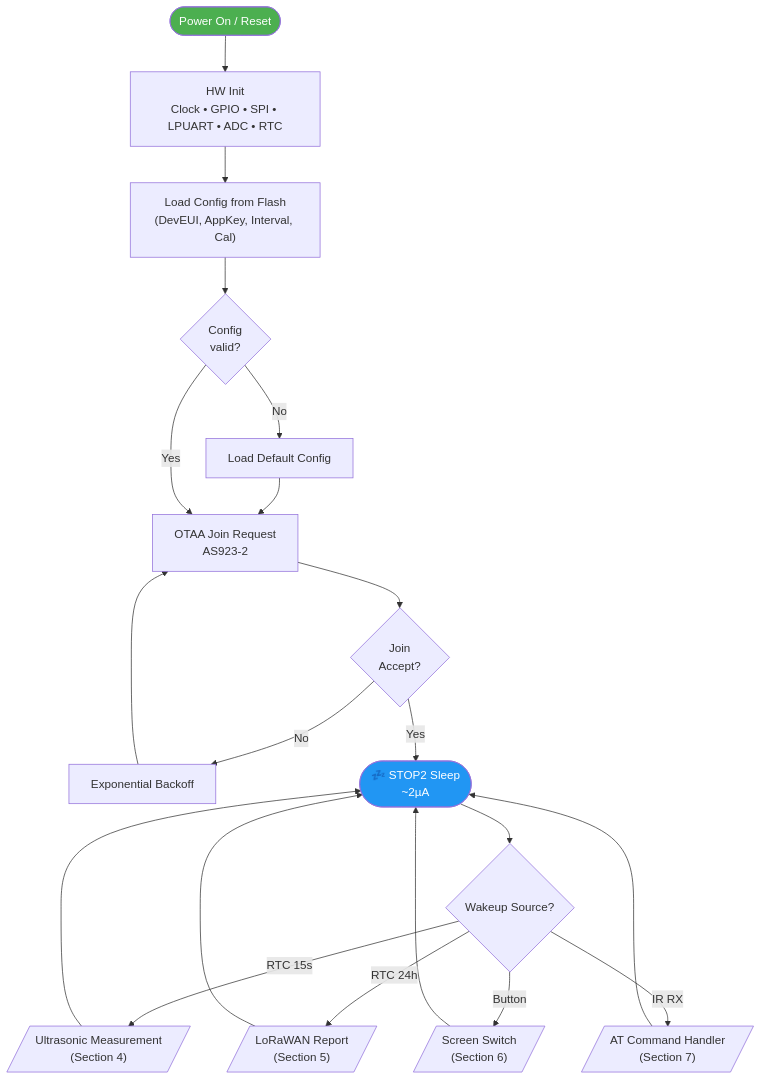
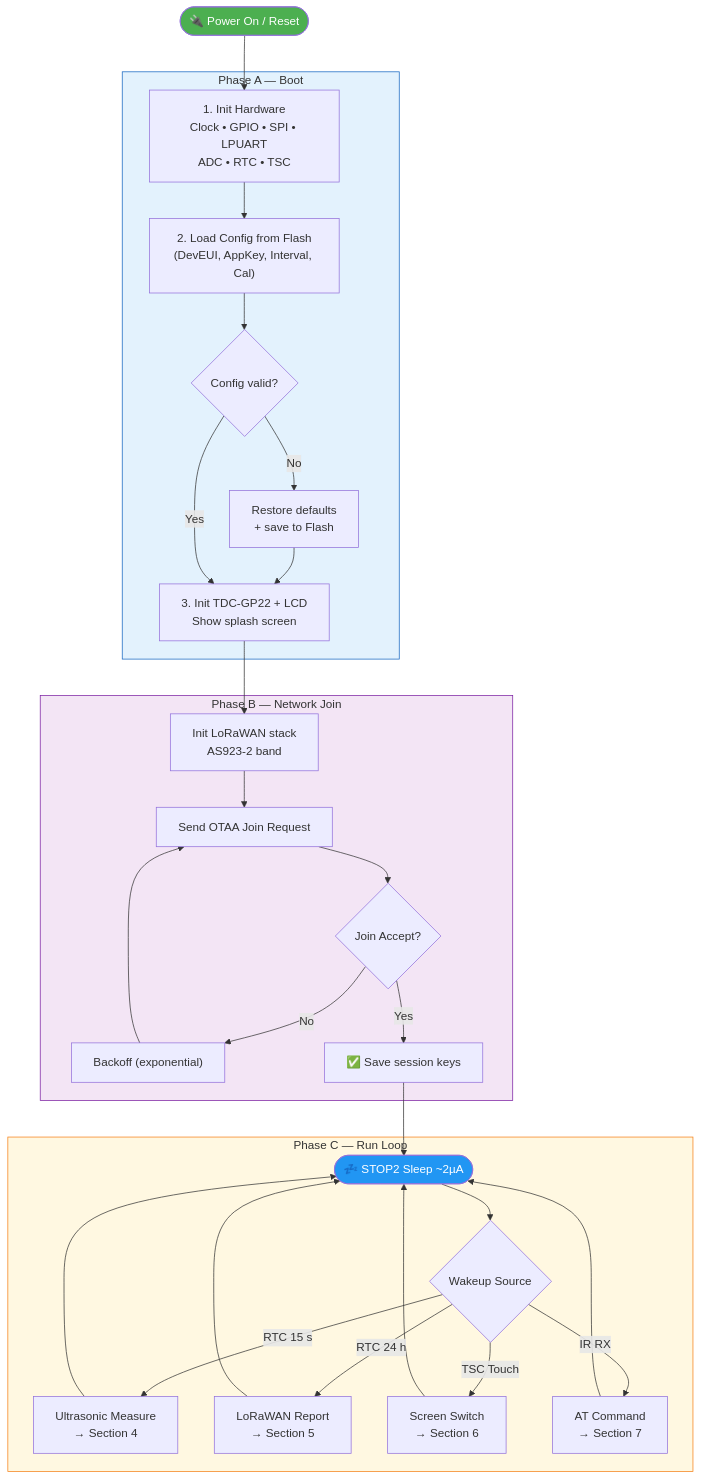
One commit to tuantran0707/WM changed the third of 8 diagrams in documentation/DUT/Firmware_Flowchart_BlockDiagram.md. Above: the diagram before and after it, drawn with Mermaid. The commit also changed other lines of this file, not shown here.

Commit message:
fix main firmware flowchart and TOF flowchart

````diff
--- a/documentation/DUT/Firmware_Flowchart_BlockDiagram.md
+++ b/documentation/DUT/Firmware_Flowchart_BlockDiagram.md
@@ -113,29 +125,44 @@
 ```mermaid
 flowchart TD
-    START([Power On / Reset]) --> INIT["HW Init<br/>Clock • GPIO • SPI • LPUART • ADC • RTC"]
-    INIT --> CFG["Load Config from Flash<br/>(DevEUI, AppKey, Interval, Cal)"]
-    CFG --> VALID{Config<br/>valid?}
-    VALID -- No --> DEF["Load Default Config"]
-    DEF --> JOIN
-    VALID -- Yes --> JOIN
+    START(["🔌 Power On / Reset"]) --> A1
 
-    JOIN["OTAA Join Request<br/>AS923-2"] --> JOK{Join<br/>Accept?}
-    JOK -- No --> BACK["Exponential Backoff"]
-    BACK --> JOIN
-    JOK -- Yes --> IDLE
+    subgraph PHASE_A["Phase A — Boot"]
+        A1["1. Init Hardware<br/>Clock • GPIO • SPI • LPUART<br/>ADC • RTC • TSC"]
+        A1 --> A2["2. Load Config from Flash<br/>(DevEUI, AppKey, Interval, Cal)"]
+        A2 --> A3{Config valid?}
+        A3 -- No --> A4["Restore defaults<br/>+ save to Flash"]
+        A4 --> A5
+        A3 -- Yes --> A5["3. Init TDC-GP22 + LCD<br/>Show splash screen"]
+    end
 
-    IDLE(["💤 STOP2 Sleep<br/>~2µA"]) --> WK{Wakeup Source?}
+    A5 --> B1
 
-    WK -- "RTC 15s" --> MEAS[/"Ultrasonic Measurement<br/>(Section 4)"/]
-    WK -- "RTC 24h" --> RPT[/"LoRaWAN Report<br/>(Section 5)"/]
-    WK -- "Button" --> SCR[/"Screen Switch<br/>(Section 6)"/]
-    WK -- "IR RX" --> IRC[/"AT Command Handler<br/>(Section 7)"/]
+    subgraph PHASE_B["Phase B — Network Join"]
+        B1["Init LoRaWAN stack<br/>AS923-2 band"]
+        B1 --> B2["Send OTAA Join Request"]
+        B2 --> B3{Join Accept?}
+        B3 -- No --> B4["Backoff (exponential)"]
+        B4 --> B2
+        B3 -- Yes --> B5["✅ Save session keys"]
+    end
 
-    MEAS --> IDLE
-    RPT --> IDLE
-    SCR --> IDLE
-    IRC --> IDLE
+    B5 --> IDLE
+
+    subgraph PHASE_C["Phase C — Run Loop"]
+        IDLE(["💤 STOP2 Sleep ~2µA"]) --> WK{Wakeup Source}
+        WK -- "RTC 15 s" --> EV1["Ultrasonic Measure<br/>→ Section 4"]
+        WK -- "RTC 24 h" --> EV2["LoRaWAN Report<br/>→ Section 5"]
+        WK -- "TSC Touch" --> EV3["Screen Switch<br/>→ Section 6"]
+        WK -- "IR RX" --> EV4["AT Command<br/>→ Section 7"]
+        EV1 --> IDLE
+        EV2 --> IDLE
+        EV3 --> IDLE
+        EV4 --> IDLE
+    end
 
     style START fill:#4CAF50,color:#fff
     style IDLE fill:#2196F3,color:#fff
+    style PHASE_A fill:#E3F2FD,stroke:#1565C0
+    style PHASE_B fill:#F3E5F5,stroke:#7B1FA2
+    style PHASE_C fill:#FFF8E1,stroke:#F57F17
 ```
````
